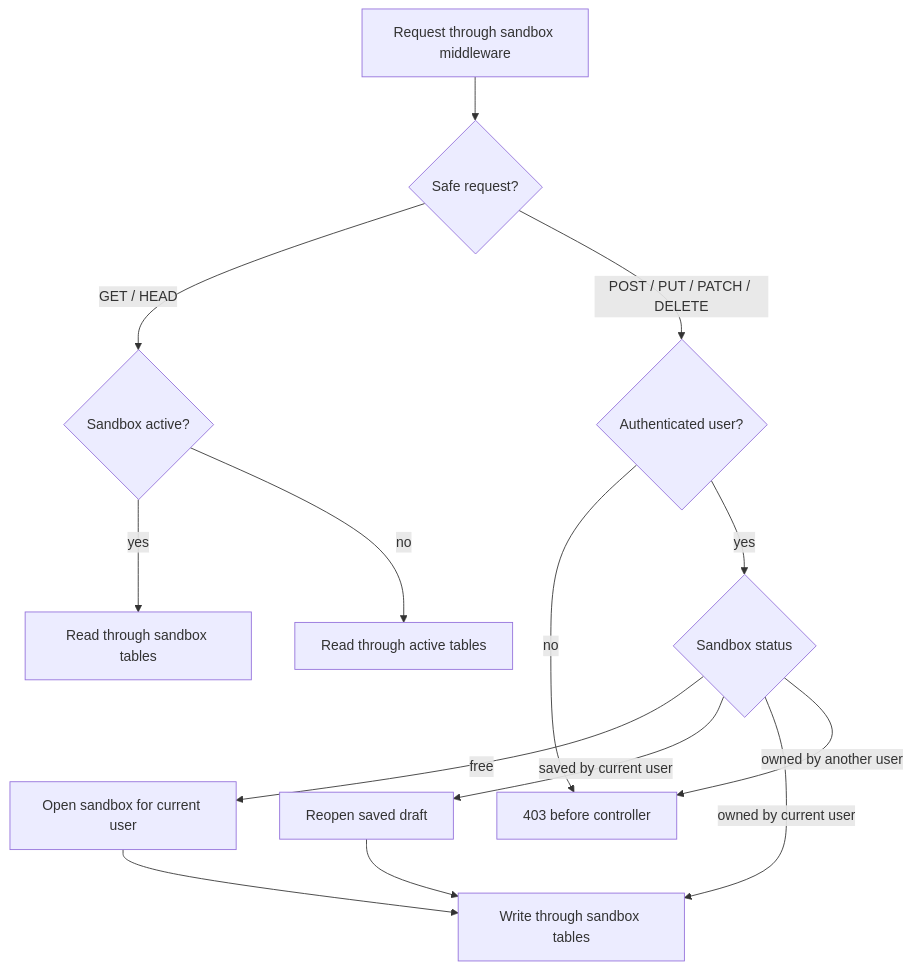
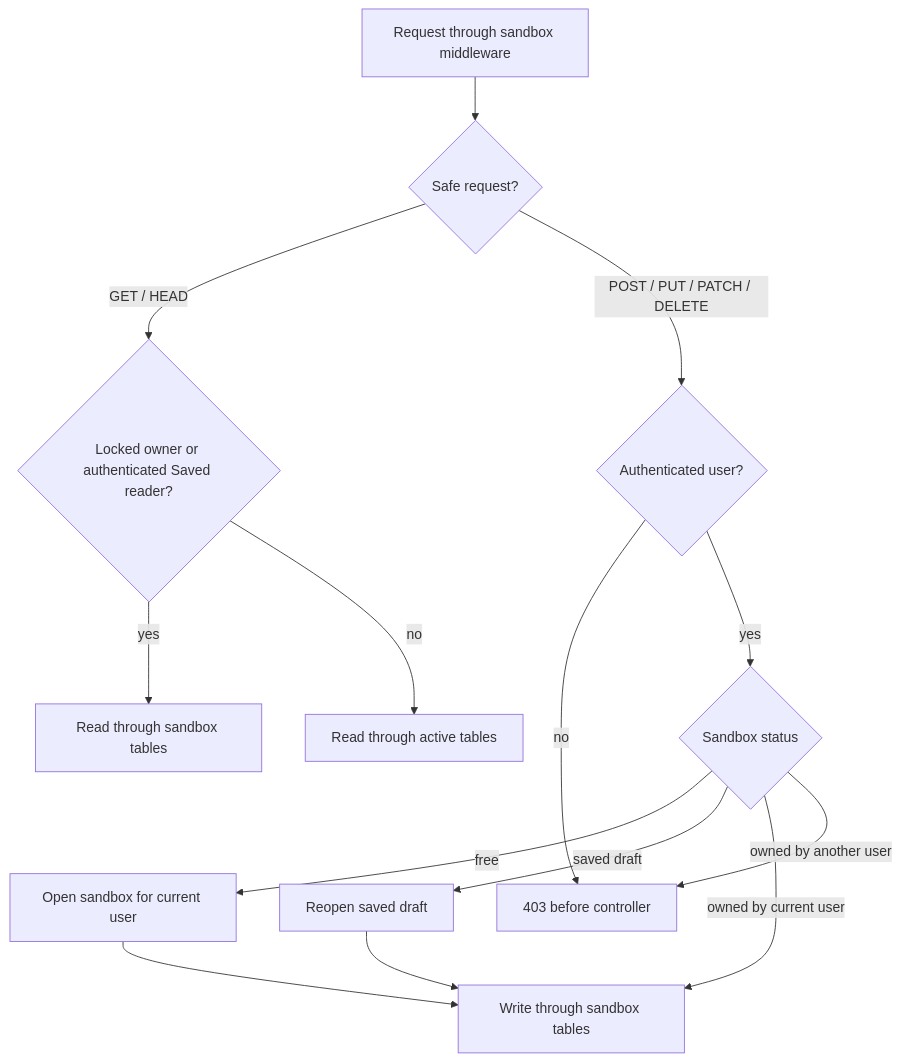
The second of 4 diagrams in README.md (cosmira/sandbox), drawn with Mermaid before and after one commit. The commit also changed other lines of this file and 39 other files, not shown here.

````diff
--- a/README.md
+++ b/README.md
@@ -212,26 +223,26 @@
 ```mermaid
 flowchart TD
     Request["Request through sandbox middleware"]
     Method{"Safe request?"}
-    Active{"Sandbox active?"}
+    Active{"Locked owner or authenticated Saved reader?"}
     Auth{"Authenticated user?"}
     Status{"Sandbox status"}
     Open["Open sandbox for current user"]
     Reopen["Reopen saved draft"]
     DraftRead["Read through sandbox tables"]
     ActiveRead["Read through active tables"]
     DraftWrite["Write through sandbox tables"]
     Reject["403 before controller"]
 
     Request --> Method
     Method -- "GET / HEAD" --> Active
     Active -- yes --> DraftRead
     Active -- no --> ActiveRead
     Method -- "POST / PUT / PATCH / DELETE" --> Auth
     Auth -- no --> Reject
     Auth -- yes --> Status
     Status -- free --> Open --> DraftWrite
-    Status -- "saved by current user" --> Reopen --> DraftWrite
+    Status -- "saved draft" --> Reopen --> DraftWrite
     Status -- "owned by current user" --> DraftWrite
     Status -- "owned by another user" --> Reject
 ```
````
